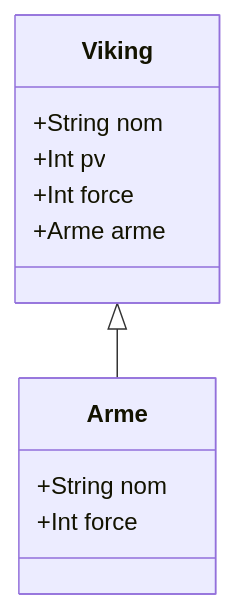
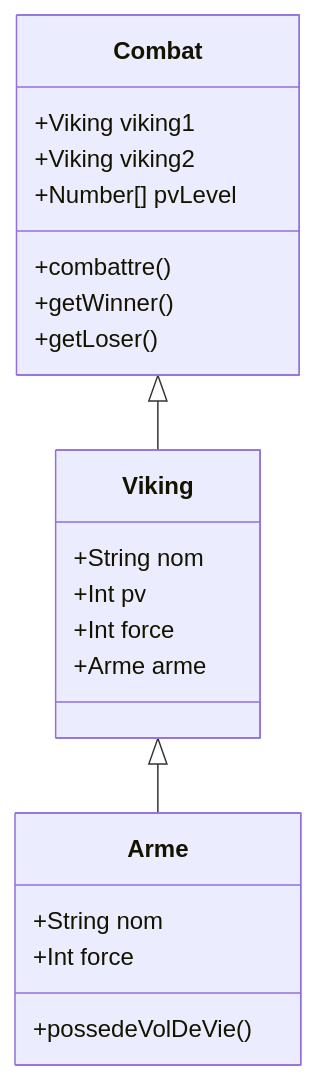
One commit to Zelie-C/viking changed the diagram in classDiagram.md. Above: the diagram before and after it, drawn with Mermaid. The commit also changed 3 other files, not shown here.

Commit message:
ajout vol de vie

````diff
--- a/classDiagram.md
+++ b/classDiagram.md
@@ -1,14 +1,24 @@
 ```mermaid
 classDiagram
     Viking<|--Arme
+    Combat<|--Viking
     class Viking{
         +String nom
         +Int pv
         +Int force
         +Arme arme
     }
     class Arme {
         +String nom
         +Int force
+        +possedeVolDeVie()
+    }
+    class Combat{
+        +Viking viking1
+        +Viking viking2
+        +Number[] pvLevel
+        +combattre()
+        +getWinner()
+        +getLoser()
     }
 ```
````
